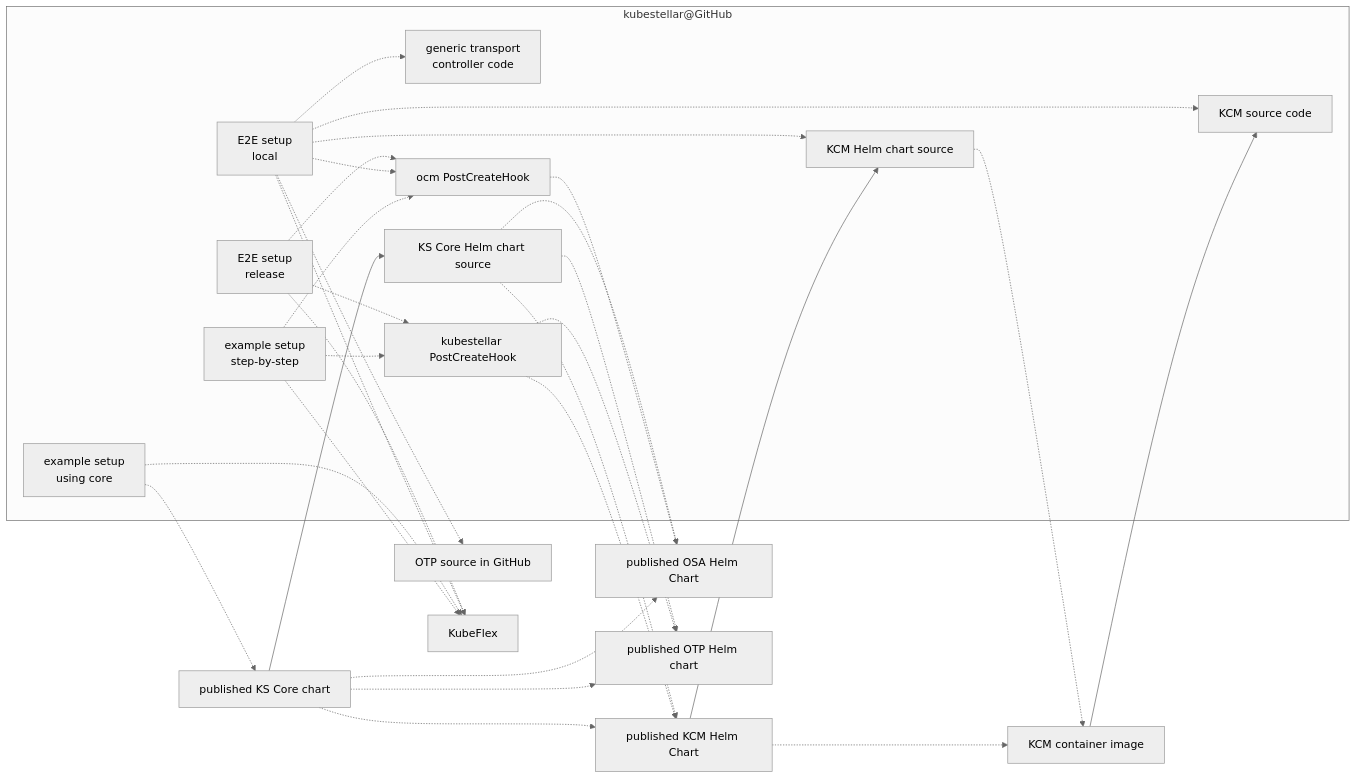
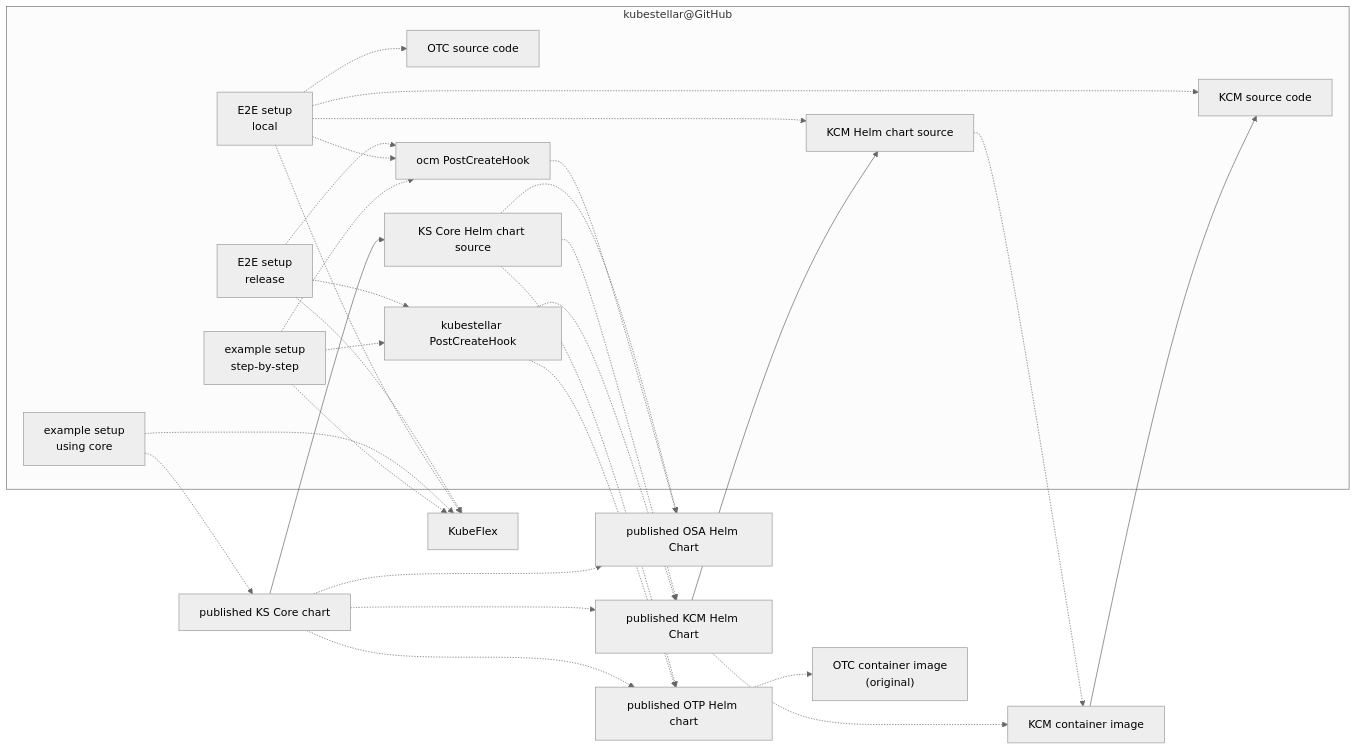
The third of 5 diagrams in docs/content/direct/packaging.md (kubestellar/kubestellar), drawn with Mermaid (neutral theme) before and after one commit. The commit also changed other lines of this file, not shown here.

Commit message:
Update doc wrt OTP partial move already done

````diff
--- a/docs/content/direct/packaging.md
+++ b/docs/content/direct/packaging.md
@@ -86,45 +92,44 @@
 ```mermaid
 flowchart LR
     osa_hc_repo[published OSA Helm Chart]
-    otp_code["OTP source in GitHub"]
     subgraph ks_repo["kubestellar@GitHub"]
     kcm_code[KCM source code]
-    gtc_code["generic transport<br>controller code"]
+    otc_code[OTC source code]
     kcm_hc_src[KCM Helm chart source]
     ksc_hc_src[KS Core Helm chart source]
     ks_pch[kubestellar PostCreateHook]
     ocm_pch["ocm PostCreateHook"]
     setup_ksc["example setup<br>using core"]
     setup_steps["example setup<br>step-by-step"]
     e2e_local["E2E setup<br>local"]
     e2e_release["E2E setup<br>release"]
     end
     ocm_pch -.-> osa_hc_repo
     kcm_ctr_image[KCM container image] --> kcm_code
     kcm_hc_repo[published KCM Helm Chart] --> kcm_hc_src
     kcm_hc_src -.-> kcm_ctr_image
     kcm_hc_repo -.-> kcm_ctr_image
     ks_pch -.-> kcm_hc_repo
     ks_pch -.-> otp_hc_repo[published OTP Helm chart]
+    otp_hc_repo -.-> otc_ctr_image_ur["OTC container image<br>(original)"]
     ksc_hc_repo[published KS Core chart] --> ksc_hc_src
     ksc_hc_src -.-> osa_hc_repo
     ksc_hc_src -.-> otp_hc_repo
     ksc_hc_src -.-> kcm_hc_repo
     ksc_hc_repo -.-> osa_hc_repo
     ksc_hc_repo -.-> otp_hc_repo
     ksc_hc_repo -.-> kcm_hc_repo
     setup_steps -.-> ocm_pch
     setup_steps -.-> ks_pch
     setup_steps -.-> KubeFlex
     setup_ksc -.-> ksc_hc_repo
     setup_ksc -.-> KubeFlex
     e2e_local -.-> ocm_pch
     e2e_local -.-> kcm_code
     e2e_local -.-> kcm_hc_src
-    e2e_local -.-> gtc_code
-    e2e_local -.-> otp_code
+    e2e_local -.-> otc_code
     e2e_local -.-> KubeFlex
     e2e_release -.-> ocm_pch
     e2e_release -.-> ks_pch
     e2e_release -.-> KubeFlex
 ```
````
